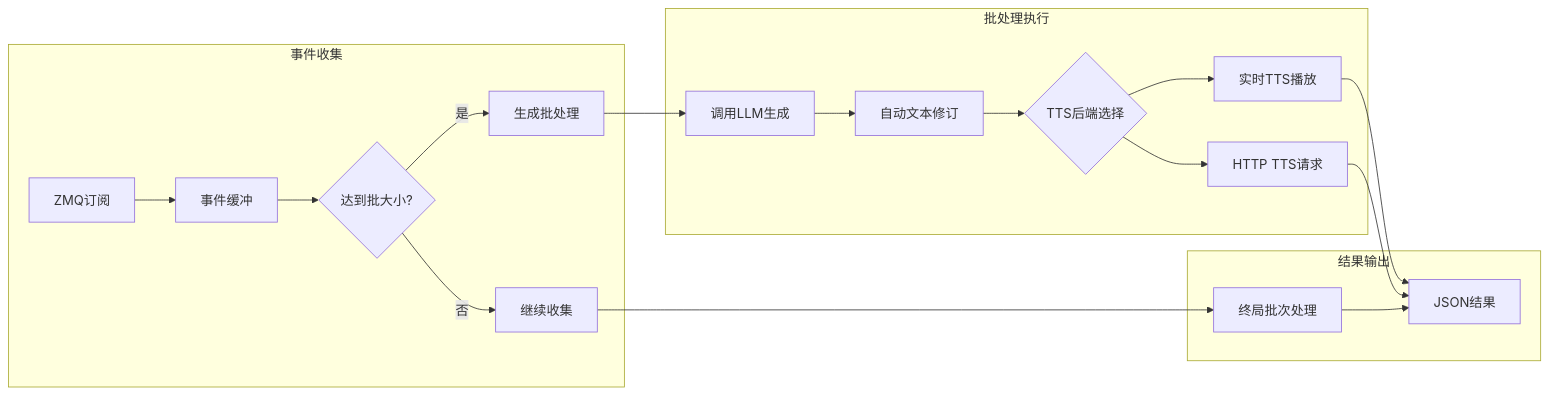
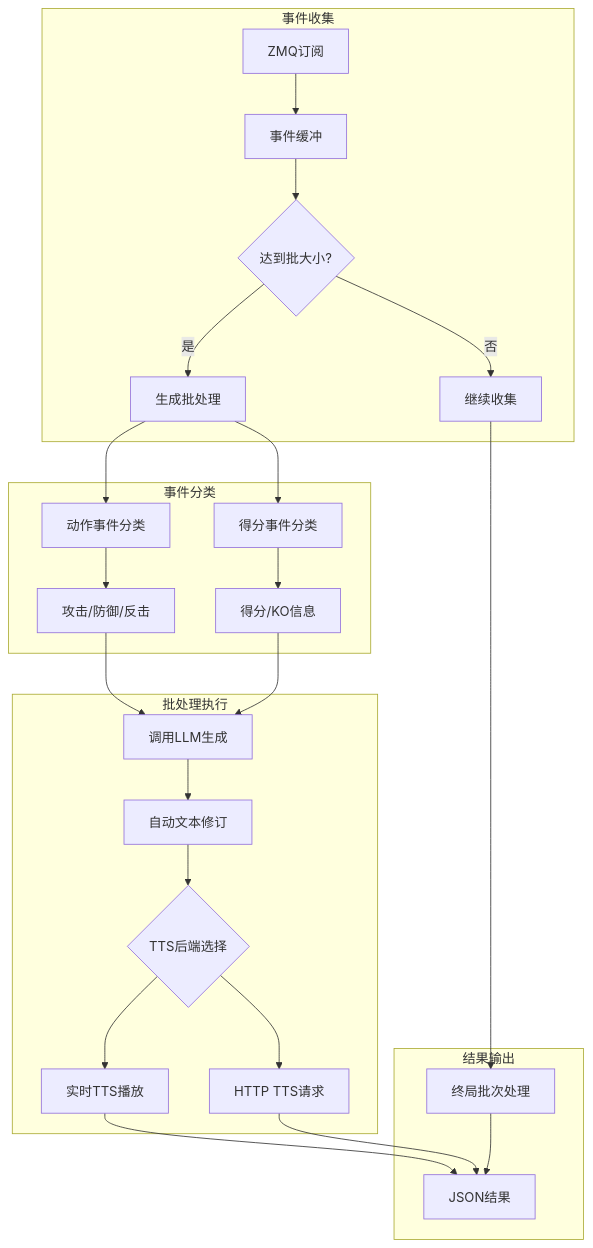
Diagram 11 of 16 in .qoder/repowiki/zh/content/语音合成服务/实时TTS合成.md (1024dashen/Vue3Speech), drawn with Mermaid before and after one commit. The commit also changed other lines of this file and 7 other files, not shown here.

````diff
--- a/.qoder/repowiki/zh/content/语音合成服务/实时TTS合成.md
+++ b/.qoder/repowiki/zh/content/语音合成服务/实时TTS合成.md
@@ -466,22 +530,29 @@
 ```mermaid
-flowchart LR
+flowchart TD
 subgraph "事件收集"
 A[ZMQ订阅] --> B[事件缓冲]
 B --> C{达到批大小?}
 C --> |是| D[生成批处理]
 C --> |否| E[继续收集]
 end
+subgraph "事件分类"
+D --> F[动作事件分类]
+D --> G[得分事件分类]
+F --> F1[攻击/防御/反击]
+G --> G1[得分/KO信息]
+end
 subgraph "批处理执行"
-D --> F[调用LLM生成]
-F --> G[自动文本修订]
-G --> H{TTS后端选择}
-H --> I[实时TTS播放]
-H --> J[HTTP TTS请求]
+F1 --> H[调用LLM生成]
+G1 --> H
+H --> I[自动文本修订]
+I --> J{TTS后端选择}
+J --> K[实时TTS播放]
+J --> L[HTTP TTS请求]
 end
 subgraph "结果输出"
-I --> K[JSON结果]
-J --> K
-E --> L[终局批次处理]
-L --> K
+K --> M[JSON结果]
+L --> M
+E --> N[终局批次处理]
+N --> M
 end
 ```
````
